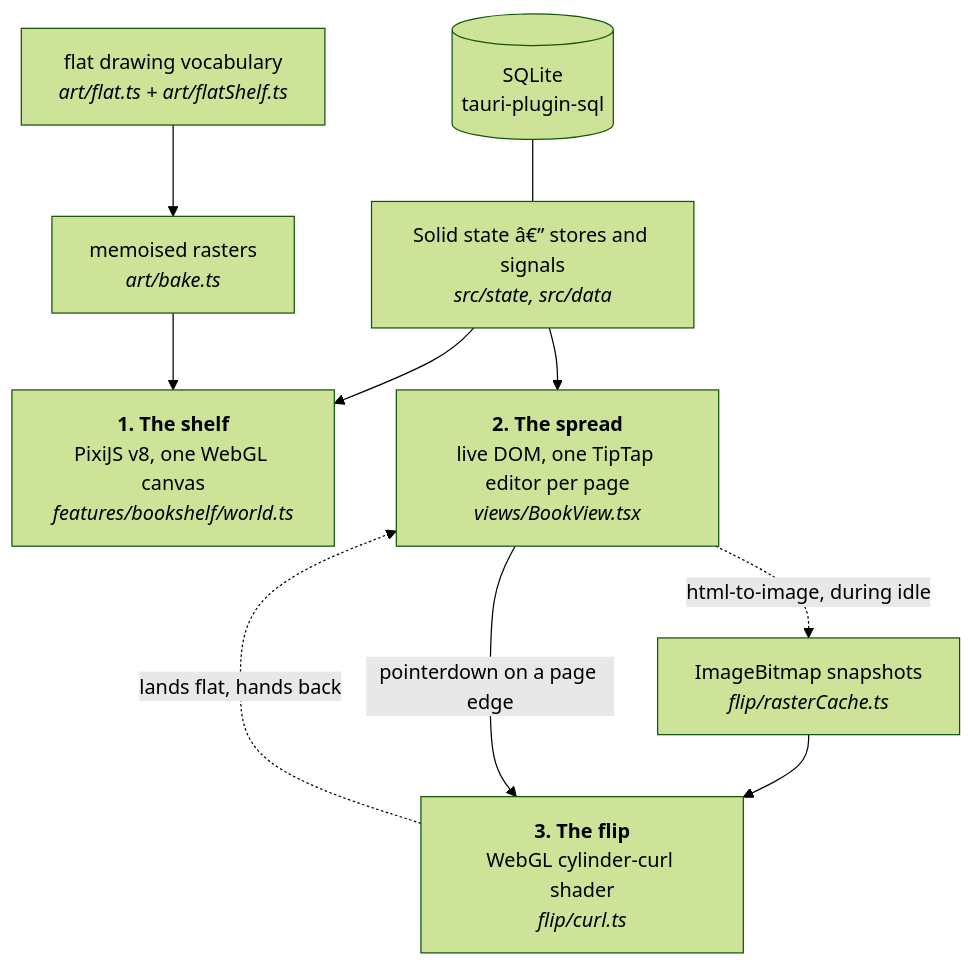
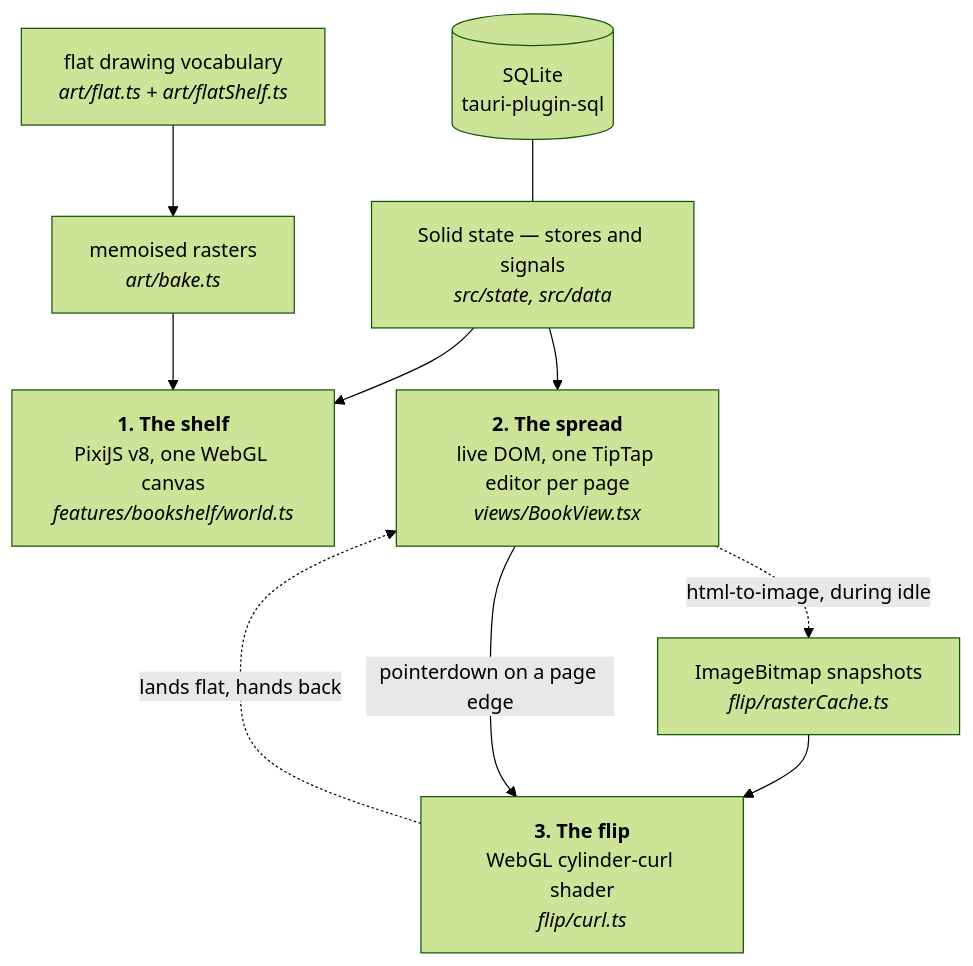
One commit to AkshitIreddy/Alcove changed the first of 2 diagrams in docs/readme/part-2-developers.md. Above: the diagram before and after it, drawn with Mermaid (forest theme). The commit also changed other lines of this file and 5 other files, not shown here.

````diff
--- a/docs/readme/part-2-developers.md
+++ b/docs/readme/part-2-developers.md
@@ -13,17 +59,17 @@
 ```mermaid
 flowchart TD
-    S["Solid state â€” stores and signals<br/><i>src/state, src/data</i>"]
+    S["Solid state — stores and signals<br/><i>src/state, src/data</i>"]
     DB[("SQLite<br/>tauri-plugin-sql")]
     DB --- S
 
     S --> W["<b>1. The shelf</b><br/>PixiJS v8, one WebGL canvas<br/><i>features/bookshelf/world.ts</i>"]
     S --> D["<b>2. The spread</b><br/>live DOM, one TipTap editor per page<br/><i>views/BookView.tsx</i>"]
 
     A["flat drawing vocabulary<br/><i>art/flat.ts + art/flatShelf.ts</i>"] --> B["memoised rasters<br/><i>art/bake.ts</i>"]
     B --> W
 
     D -. "html-to-image, during idle" .-> R["ImageBitmap snapshots<br/><i>flip/rasterCache.ts</i>"]
     R --> C["<b>3. The flip</b><br/>WebGL cylinder-curl shader<br/><i>flip/curl.ts</i>"]
     D -- "pointerdown on a page edge" --> C
     C -. "lands flat, hands back" .-> D
 ```
````
